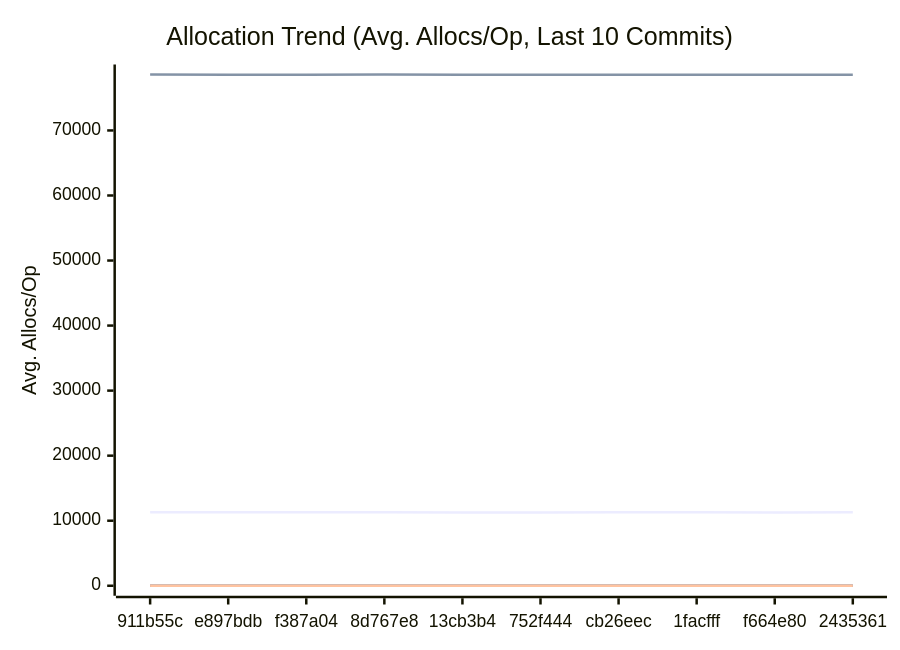
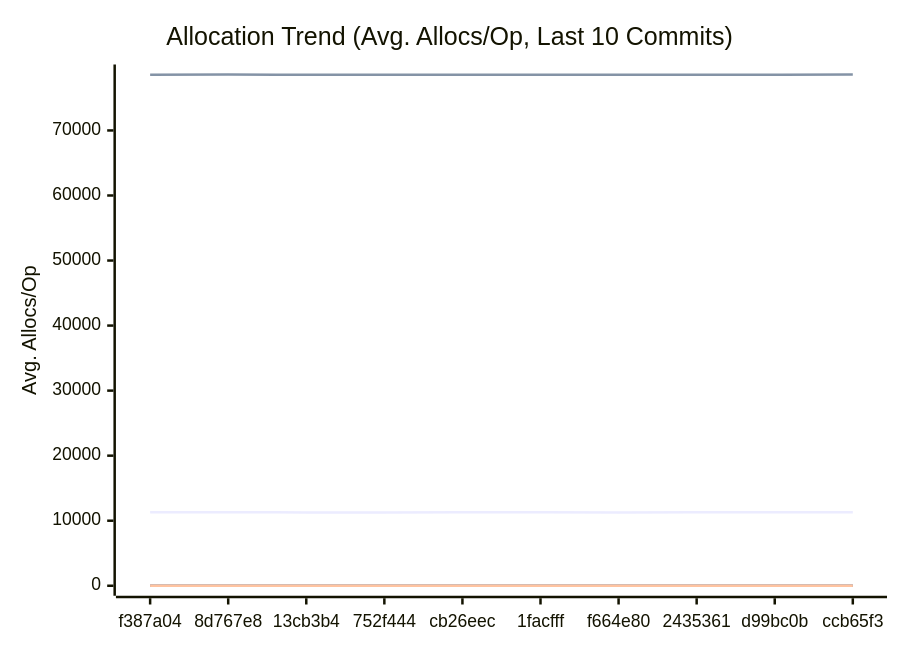
One commit to alsotoes/momo changed the third of 3 diagrams in docs/PERFORMANCE.md. Above: the diagram before and after it, drawn with Mermaid. The commit also changed other lines of this file and 7 other files, not shown here.

````diff
--- a/docs/PERFORMANCE.md
+++ b/docs/PERFORMANCE.md
@@ -197,20 +197,20 @@
 ```mermaid
 xychart-beta
     title "Allocation Trend (Avg. Allocs/Op, Last 10 Commits)"
     x-axis "Commit"
     y-axis "Avg. Allocs/Op"
-    x-axis [911b55c,e897bdb,f387a04,8d767e8,13cb3b4,752f444,cb26eec,1facfff,f664e80,2435361]
-    line "AWSChunkedReaderSigned" [11298,11295,11317,11297,11272,11275,11298,11308,11270,11298]
-    line "AWSChunkedReaderUnsigned" [78598,78563,78578,78602,78562,78568,78562,78579,78560,78566]
+    x-axis [f387a04,8d767e8,13cb3b4,752f444,cb26eec,1facfff,f664e80,2435361,d99bc0b,ccb65f3]
+    line "AWSChunkedReaderSigned" [11317,11297,11272,11275,11298,11308,11270,11298,11294,11296]
+    line "AWSChunkedReaderUnsigned" [78578,78602,78562,78568,78562,78579,78560,78566,78574,78587]
     line "CheckMetricsAndSwap" [0,0,0,0,0,0,0,0,0,0]
     line "CrushOptimized" [0,0,0,0,0,0,0,0,0,0]
     line "CrushOriginal" [3,3,3,3,3,3,3,3,3,3]
     line "IndexDirectTracking" [0,0,0,0,0,0,0,0,0,0]
     line "IndexSearch" [0,0,0,0,0,0,0,0,0,0]
     line "LoadGlobalConfig" [54,54,54,54,54,54,54,54,54,54]
     line "PadString" [1,1,1,1,1,1,1,1,1,1]
     line "ParseReplicationOrder_NoPrealloc" [6,6,6,6,6,5,5,5,5,5]
     line "ParseReplicationOrder_Prealloc" [2,2,2,2,2,1,1,1,1,1]
     line "SanitizeLog/Safe" [0,0,0,0,0,0,0,0,0,0]
     line "SanitizeLog/Unsafe" [1,1,1,1,1,1,1,1,1,1]
 ```
````
